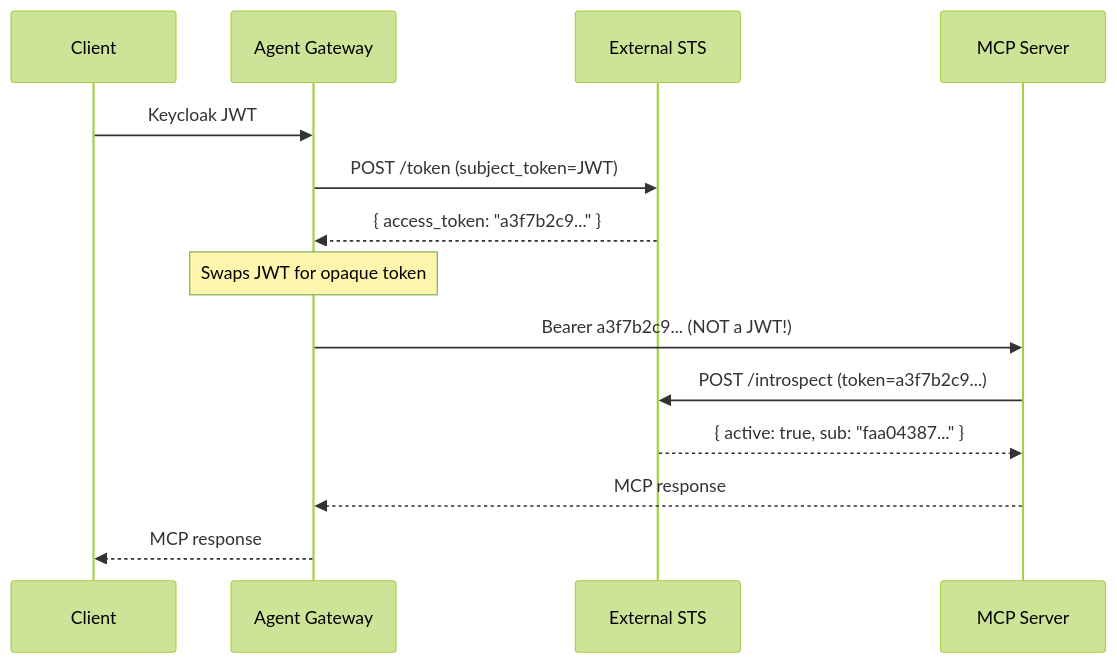
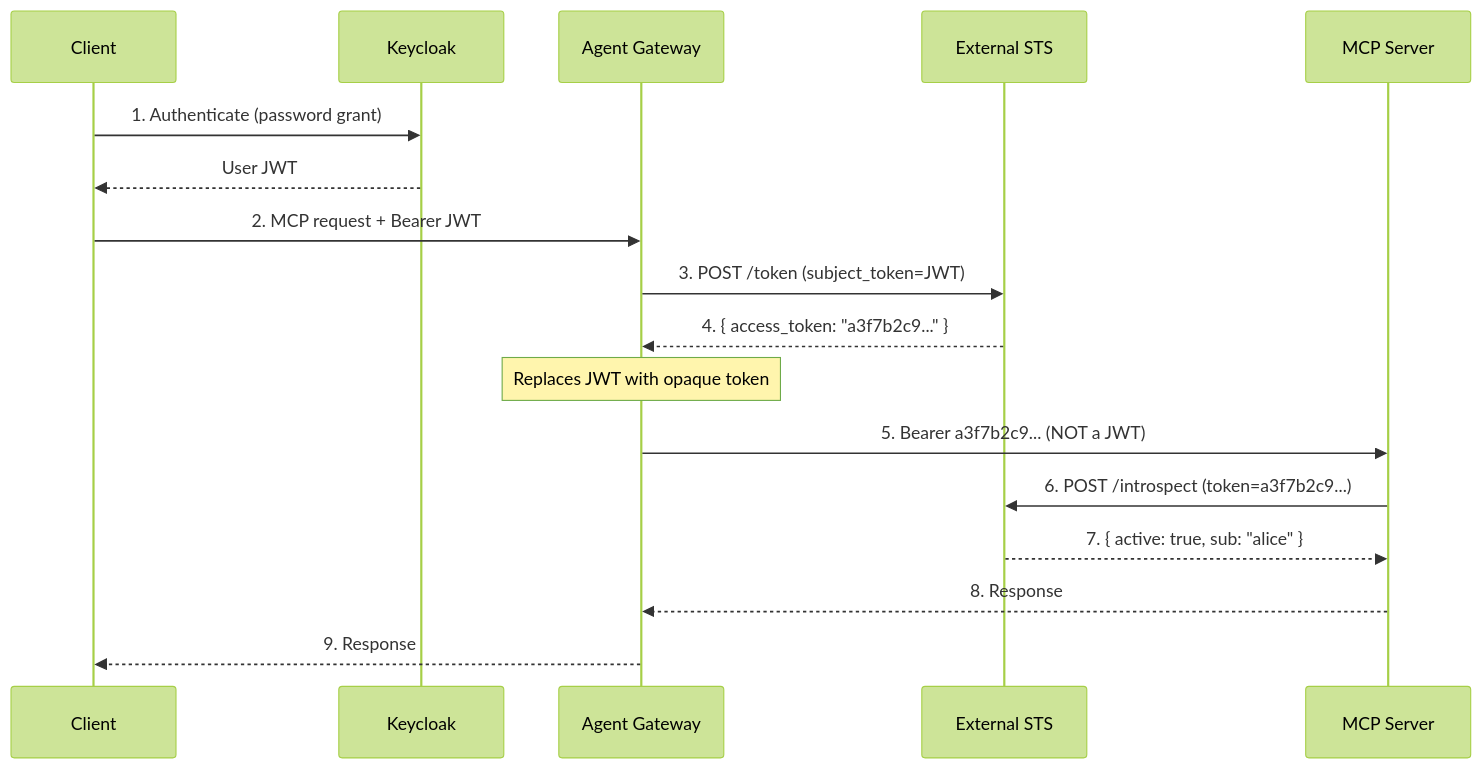
One commit to coryjett/solo-misc-workshops changed the diagram in flow13b-external-sts-opaque-token/README.md. Above: the diagram before and after it, drawn with Mermaid (forest theme). The commit also changed other lines of this file, not shown here.

First line of the commit message:
Streamline Flow 13b lab: fix auth policy, add HTTP/1.1, condense content

````diff
--- a/flow13b-external-sts-opaque-token/README.md
+++ b/flow13b-external-sts-opaque-token/README.md
@@ -963,19 +5,24 @@
 ```mermaid
 sequenceDiagram
     participant C as Client
+    participant KC as Keycloak
     participant AGW as Agent Gateway
     participant STS as External STS
     participant MCP as MCP Server
 
-    C->>AGW: Keycloak JWT
-    AGW->>STS: POST /token (subject_token=JWT)
-    STS-->>AGW: { access_token: "a3f7b2c9..." }
+    C->>KC: 1. Authenticate (password grant)
+    KC-->>C: User JWT
 
-    Note over AGW: Swaps JWT for opaque token
+    C->>AGW: 2. MCP request + Bearer JWT
+    AGW->>STS: 3. POST /token (subject_token=JWT)
+    STS-->>AGW: 4. { access_token: "a3f7b2c9..." }
 
-    AGW->>MCP: Bearer a3f7b2c9... (NOT a JWT!)
-    MCP->>STS: POST /introspect (token=a3f7b2c9...)
-    STS-->>MCP: { active: true, sub: "faa04387..." }
-    MCP-->>AGW: MCP response
-    AGW-->>C: MCP response
+    Note over AGW: Replaces JWT with opaque token
+
+    AGW->>MCP: 5. Bearer a3f7b2c9... (NOT a JWT)
+    MCP->>STS: 6. POST /introspect (token=a3f7b2c9...)
+    STS-->>MCP: 7. { active: true, sub: "alice" }
+
+    MCP-->>AGW: 8. Response
+    AGW-->>C: 9. Response
 ```
````
